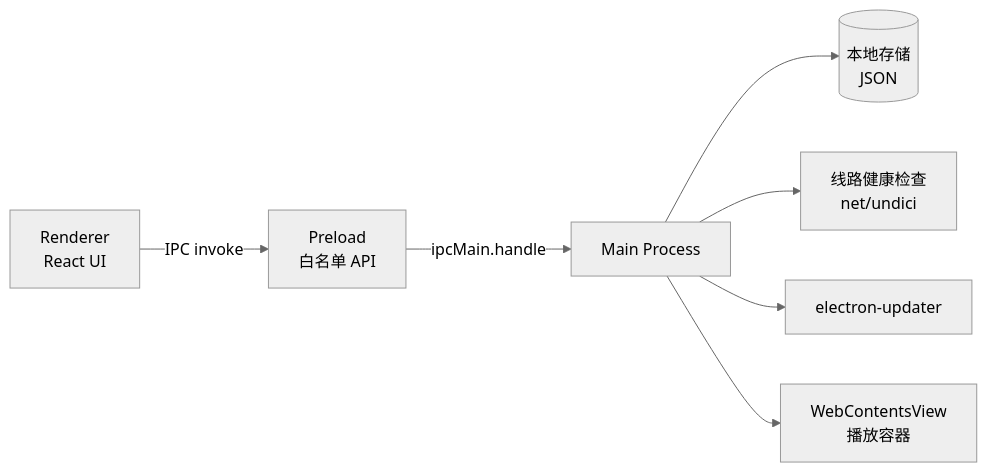
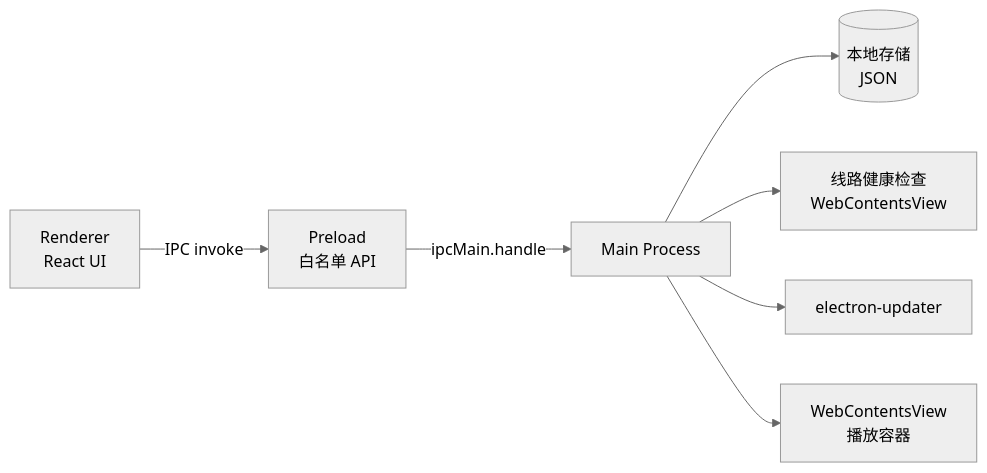
One commit to tagecode/free-video changed the diagram in docs/Prd.md. Above: the diagram before and after it, drawn with Mermaid (neutral theme). The commit also changed other lines of this file, not shown here.

````diff
--- a/docs/Prd.md
+++ b/docs/Prd.md
@@ -170,9 +170,9 @@
 ```mermaid
 flowchart LR
   R[Renderer<br/>React UI] -- IPC invoke --> P[Preload<br/>白名单 API]
   P -- ipcMain.handle --> M[Main Process]
   M --> S[(本地存储<br/>JSON)]
-  M --> H[线路健康检查<br/>net/undici]
+  M --> H[线路健康检查<br/>WebContentsView]
   M --> U[electron-updater]
   M --> W[WebContentsView<br/>播放容器]
 ```
````
